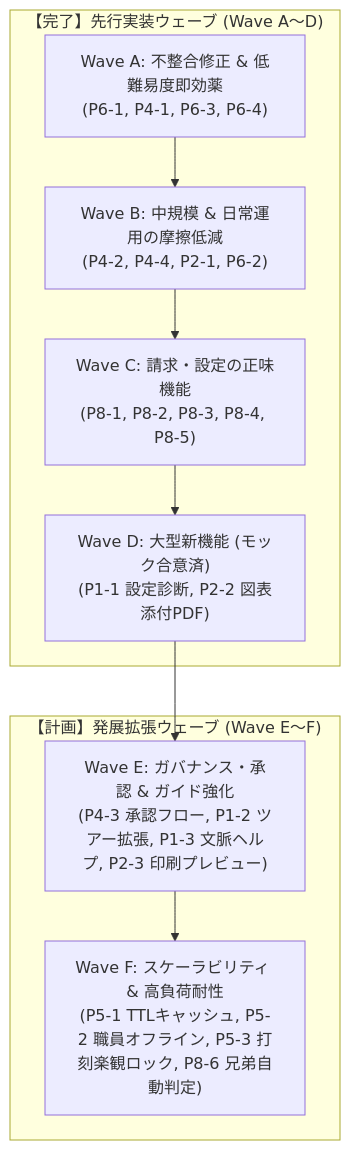
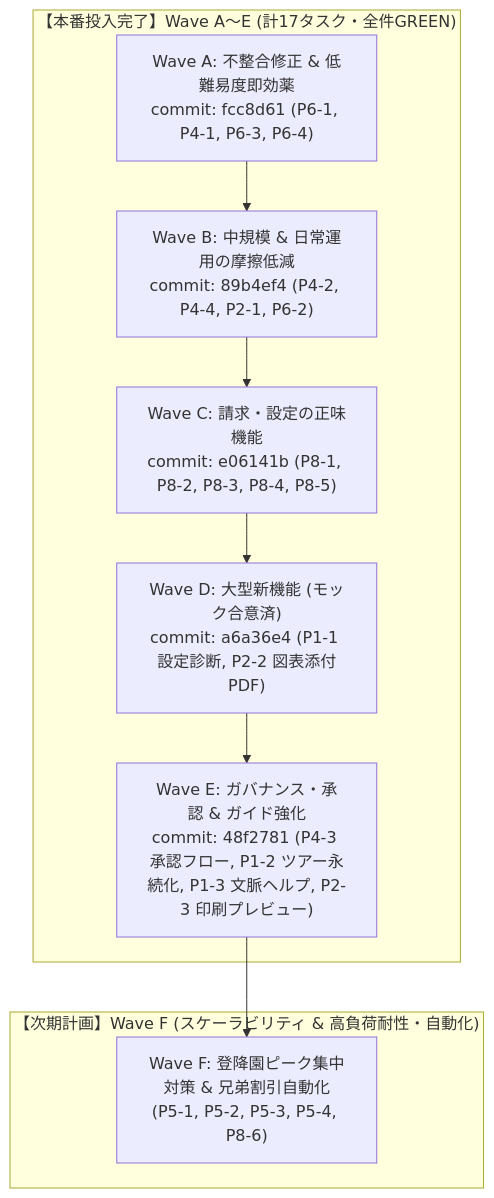
Before and after one commit to annahoikuen-debug/open-hoikuict: the diagram in docs/implementation-plan-codmon-pain-point-improvements-2026-11-16.md, drawn with Mermaid. The commit also changed other lines of this file, not shown here.

Commit message:
docs: コドモン課題対応 確定版詳細実装計画書（Wave A〜E 実績および Wave F 詳細設計）の更新

````diff
--- a/docs/implementation-plan-codmon-pain-point-improvements-2026-11-16.md
+++ b/docs/implementation-plan-codmon-pain-point-improvements-2026-11-16.md
@@ -17,16 +17,16 @@
 ```mermaid
 flowchart TD
-    subgraph Deployed["【完了】先行実装ウェーブ (Wave A〜D)"]
-        WA["Wave A: 不整合修正 & 低難易度即効薬<br>(P6-1, P4-1, P6-3, P6-4)"]
-        WB["Wave B: 中規模 & 日常運用の摩擦低減<br>(P4-2, P4-4, P2-1, P6-2)"]
-        WC["Wave C: 請求・設定の正味機能<br>(P8-1, P8-2, P8-3, P8-4, P8-5)"]
-        WD["Wave D: 大型新機能 (モック合意済)<br>(P1-1 設定診断, P2-2 図表添付PDF)"]
-        WA --> WB --> WC --> WD
+    subgraph Deployed["【本番投入完了】Wave A〜E (計17タスク・全件GREEN)"]
+        WA["Wave A: 不整合修正 & 低難易度即効薬<br>commit: fcc8d61 (P6-1, P4-1, P6-3, P6-4)"]
+        WB["Wave B: 中規模 & 日常運用の摩擦低減<br>commit: 89b4ef4 (P4-2, P4-4, P2-1, P6-2)"]
+        WC["Wave C: 請求・設定の正味機能<br>commit: e06141b (P8-1, P8-2, P8-3, P8-4, P8-5)"]
+        WD["Wave D: 大型新機能 (モック合意済)<br>commit: a6a36e4 (P1-1 設定診断, P2-2 図表添付PDF)"]
+        WE["Wave E: ガバナンス・承認 & ガイド強化<br>commit: 48f2781 (P4-3 承認フロー, P1-2 ツアー永続化, P1-3 文脈ヘルプ, P2-3 印刷プレビュー)"]
+        WA --> WB --> WC --> WD --> WE
     end
 
-    subgraph Future["【計画】発展拡張ウェーブ (Wave E〜F)"]
-        WE["Wave E: ガバナンス・承認 & ガイド強化<br>(P4-3 承認フロー, P1-2 ツアー拡張, P1-3 文脈ヘルプ, P2-3 印刷プレビュー)"]
-        WF["Wave F: スケーラビリティ & 高負荷耐性<br>(P5-1 TTLキャッシュ, P5-2 職員オフライン, P5-3 打刻楽観ロック, P8-6 兄弟自動判定)"]
-        WD --> WE --> WF
+    subgraph Future["【次期計画】Wave F (スケーラビリティ & 高負荷耐性・自動化)"]
+        WF["Wave F: 登降園ピーク集中対策 & 兄弟割引自動化<br>(P5-1, P5-2, P5-3, P5-4, P8-6)"]
+        WE --> WF
     end
 ```
````
